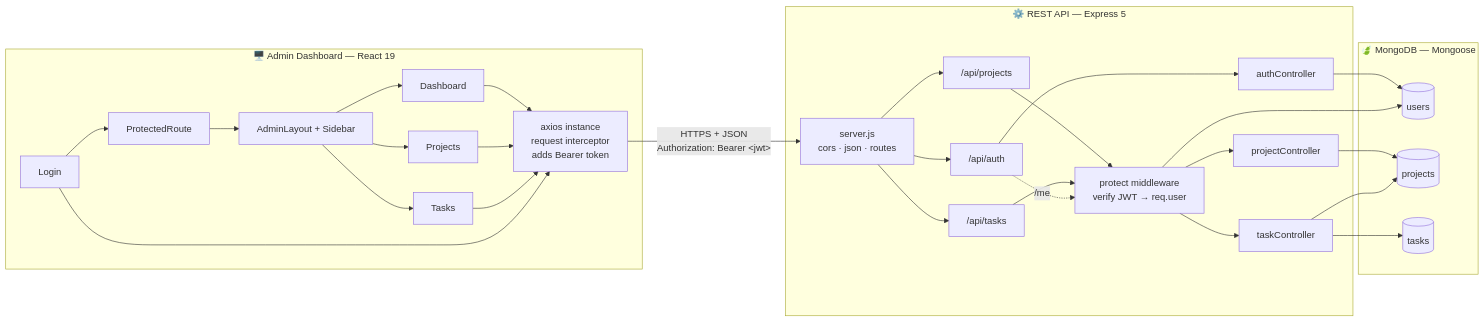
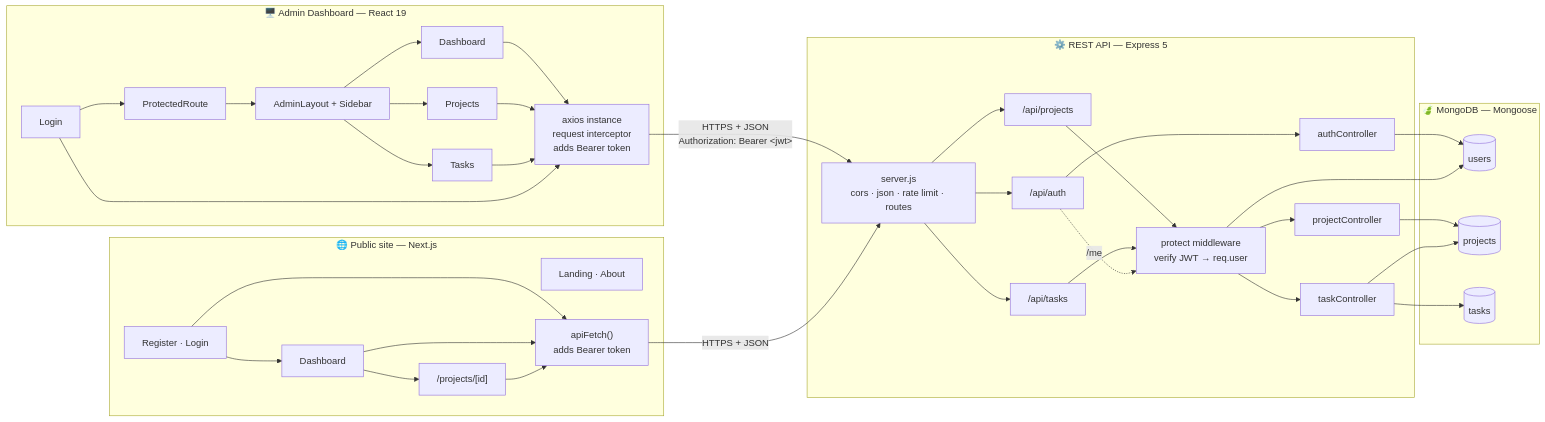
The first of 5 diagrams in README.md (MichaelAzar-C/TaskFlow), drawn with Mermaid before and after one commit. The commit also changed other lines of this file and 13 other files, not shown here.

````diff
--- a/README.md
+++ b/README.md
@@ -80,47 +102,59 @@
 ```mermaid
 flowchart LR
     subgraph Client["🖥️ Admin Dashboard — React 19"]
         LP["Login"]
         PR["ProtectedRoute"]
         AL["AdminLayout + Sidebar"]
         DSH["Dashboard"]
         PRJ["Projects"]
         TSK["Tasks"]
         AX["axios instance<br/>request interceptor<br/>adds Bearer token"]
 
         LP --> PR --> AL
         AL --> DSH & PRJ & TSK
         DSH & PRJ & TSK --> AX
         LP --> AX
     end
 
+    subgraph Public["🌐 Public site — Next.js"]
+        LND["Landing · About"]
+        REG["Register · Login"]
+        PDB["Dashboard"]
+        PDT["/projects/[id]"]
+        AF["apiFetch()<br/>adds Bearer token"]
+
+        REG --> PDB --> PDT
+        REG & PDB & PDT --> AF
+    end
+
     subgraph API["⚙️ REST API — Express 5"]
-        SRV["server.js<br/>cors · json · routes"]
+        SRV["server.js<br/>cors · json · rate limit · routes"]
         AUTHR["/api/auth"]
         PROJR["/api/projects"]
         TASKR["/api/tasks"]
         MW["protect middleware<br/>verify JWT → req.user"]
         AC["authController"]
         PC["projectController"]
         TC["taskController"]
 
         SRV --> AUTHR & PROJR & TASKR
         AUTHR --> AC
         PROJR --> MW --> PC
         TASKR --> MW --> TC
         AUTHR -.->|"/me"| MW
     end
 
     subgraph DB["🍃 MongoDB — Mongoose"]
         U[("users")]
         P[("projects")]
         T[("tasks")]
     end
 
     AX -->|"HTTPS + JSON<br/>Authorization: Bearer &lt;jwt&gt;"| SRV
+    AF -->|"HTTPS + JSON"| SRV
     AC --> U
     PC --> P
     TC --> T
     TC --> P
     MW --> U
 ```
````
